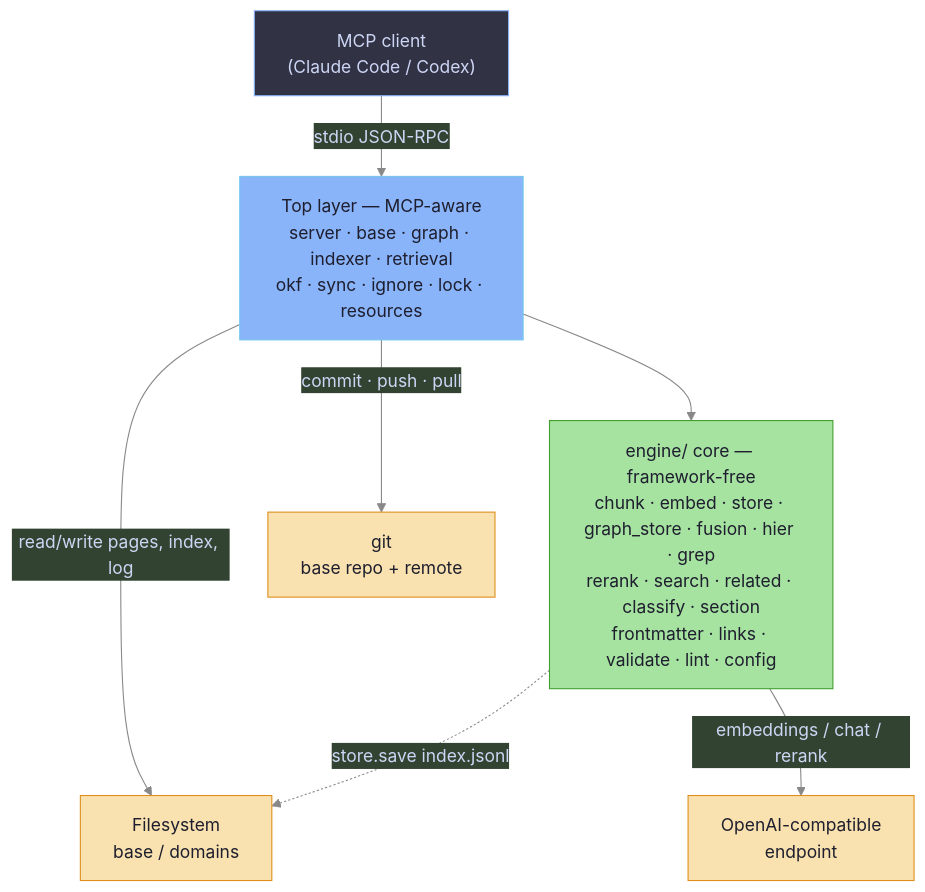
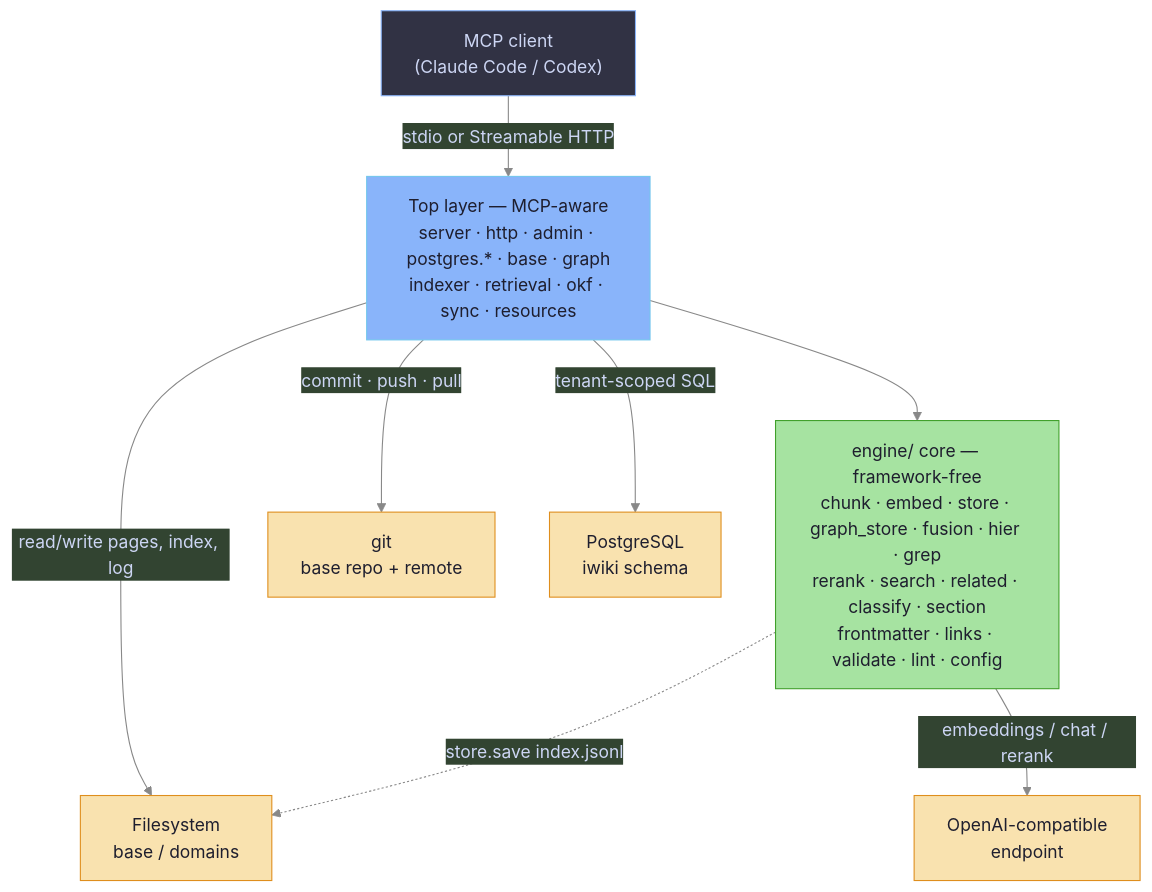
Before and after one commit to ikeniborn/iwiki-mcp: the second of 22 diagrams in docs/architecture.md, drawn with Mermaid. The commit also changed other lines of this file and 6 other files, not shown here.

````diff
--- a/docs/architecture.md
+++ b/docs/architecture.md
@@ -71,22 +119,23 @@
 ```mermaid
 %%{init: {'theme': 'base', 'themeVariables': {'background': '#1e1e2e', 'primaryColor': '#313244', 'primaryTextColor': '#cdd6f4', 'primaryBorderColor': '#89b4fa', 'lineColor': '#888888'}}}%%
 flowchart TB
     Client["MCP client<br/>(Claude Code / Codex)"]
-    Client -->|"stdio JSON-RPC"| Top
+    Client -->|"stdio or Streamable HTTP"| Top
 
-    Top["Top layer — MCP-aware<br/>server · base · graph · indexer · retrieval<br/>okf · sync · ignore · lock · resources"]
+    Top["Top layer — MCP-aware<br/>server · http · admin · postgres.* · base · graph<br/>indexer · retrieval · okf · sync · resources"]
     Engine["engine/ core — framework-free<br/>chunk · embed · store · graph_store · fusion · hier · grep<br/>rerank · search · related · classify · section<br/>frontmatter · links · validate · lint · config"]
 
     Top --> Engine
     Top -->|"read/write pages, index, log"| fs["Filesystem<br/>base / domains"]
     Top -->|"commit · push · pull"| git["git<br/>base repo + remote"]
+    Top -->|"tenant-scoped SQL"| pg["PostgreSQL<br/>iwiki schema"]
     Engine -.->|"store.save index.jsonl"| fs
     Engine -->|"embeddings / chat / rerank"| llm["OpenAI-compatible<br/>endpoint"]
 
     classDef topcls fill:#89b4fa,color:#1e1e2e,stroke:#74c7ec,stroke-width:1px
     classDef engcls fill:#a6e3a1,color:#1e1e2e,stroke:#40a02b
     classDef extcls fill:#f9e2af,color:#1e1e2e,stroke:#df8e1d
     class Top topcls
     class Engine engcls
-    class fs,git,llm extcls
+    class fs,git,pg,llm extcls
 ```
````
